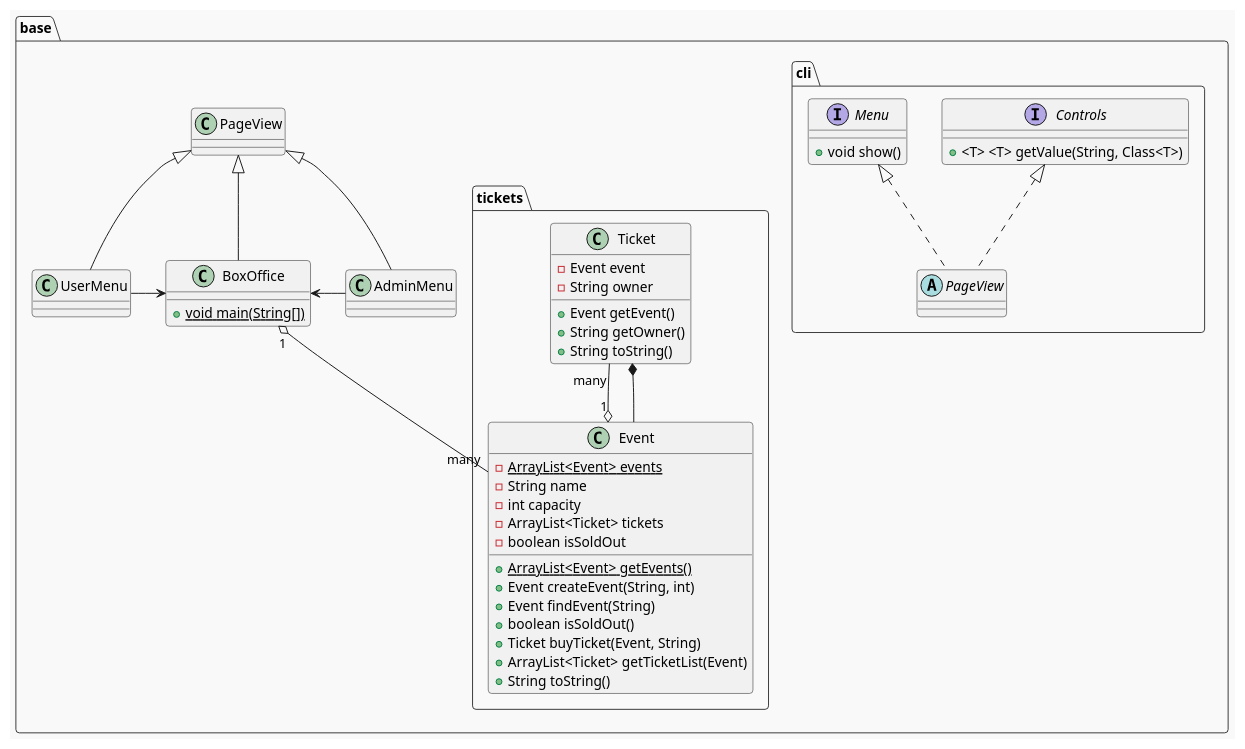
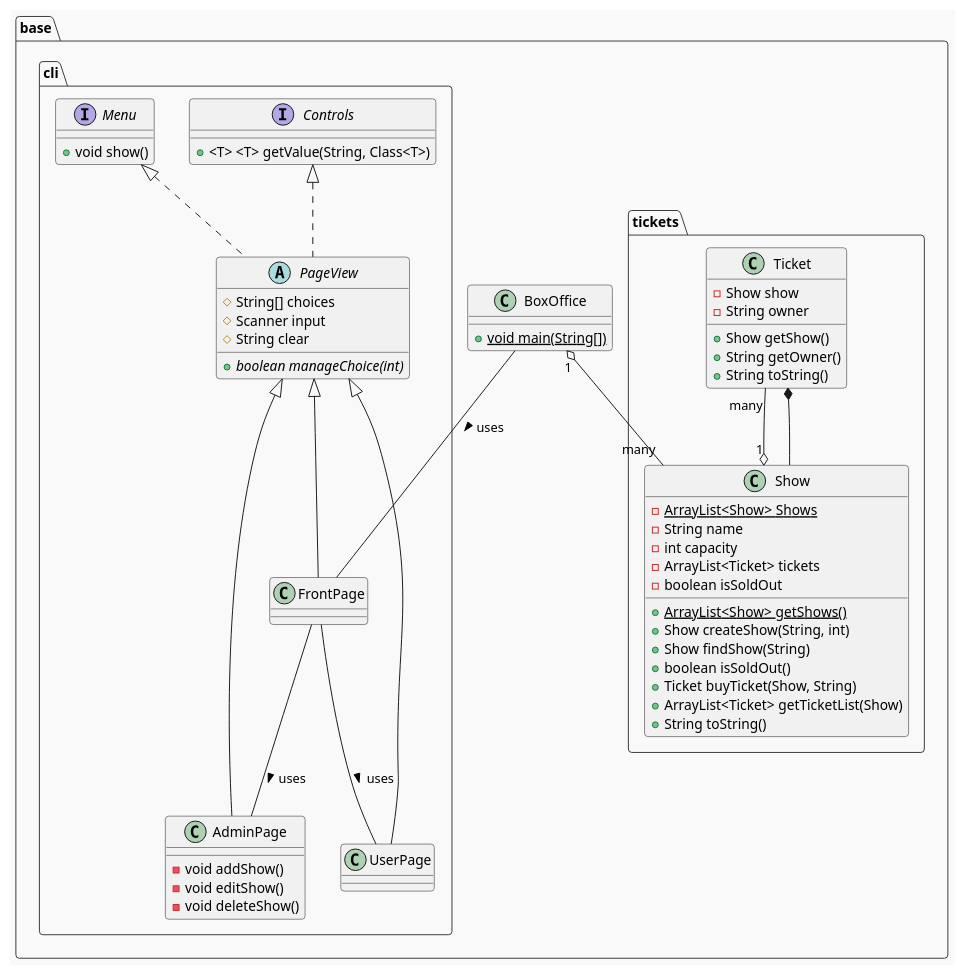
The diagram in structure.puml (physcrowley/BoxOffice), drawn with PlantUML before and after one commit. The commit also changed 4 other files, not shown here.

```diff
--- a/structure.puml
+++ b/structure.puml
@@ -3,61 +3,75 @@
 @startuml structure
 
 /' https://plantuml.com/fr/theme
 favoris : mars, plain, amiga, crt-green, sketchy '/
 !theme mars
 
 /' https://plantuml.com/fr/class-diagram '/
 
 /' objets '/
 package base {
     package base.cli {
-        
+
         interface Controls {
             + <T> <T> getValue(String, Class<T>)
         }
         interface Menu{
             + void show()
         }
-        abstract class PageView implements Menu, Controls
+        abstract class PageView implements Menu, Controls {
+            # String[] choices 
+            # Scanner input
+            # String clear
+            + {abstract} boolean manageChoice(int)
+        }
+        class FrontPage extends PageView
+        class AdminPage extends PageView {
+            - void addShow()
+            - void editShow()
+            - void deleteShow()
+        }
+        class UserPage extends PageView
+
+        FrontPage -- AdminPage : > uses
+        FrontPage -- UserPage : > uses
+        
     }
 
     package base.tickets {
         class Ticket {
-            - Event event
+            - Show show
             - String owner
-            + Event getEvent()
+            + Show getShow()
             + String getOwner()
             + String toString()
         }
-        class Event {
-            - {static} ArrayList<Event> events
+        class Show {
+            - {static} ArrayList<Show> Shows
             - String name
             - int capacity
             - ArrayList<Ticket> tickets
             - boolean isSoldOut
-            + {static} ArrayList<Event> getEvents()
-            + Event createEvent(String, int)
-            + Event findEvent(String)
+            + {static} ArrayList<Show> getShows()
+            + Show createShow(String, int)
+            + Show findShow(String)
             + boolean isSoldOut()
-            + Ticket buyTicket(Event, String)
-            + ArrayList<Ticket> getTicketList(Event)
+            + Ticket buyTicket(Show, String)
+            + ArrayList<Ticket> getTicketList(Show)
             + String toString()
         }
 
-        Ticket "many" --o "1"  Event 
-        Ticket *-- Event
+        Ticket "many" --o "1"  Show
+        Ticket *-- Show
     }
 
-    class BoxOffice extends PageView {
+    class BoxOffice {
         + {static} void main(String[])
     }
-    class AdminMenu extends PageView
-    class UserMenu extends PageView
-    BoxOffice <- AdminMenu
-    UserMenu -> BoxOffice
 
-    BoxOffice "1" o-- "many" Event
+    BoxOffice -- FrontPage : > uses
+
+    BoxOffice "1" o-- "many" Show
 
 }
 
 @enduml
```
